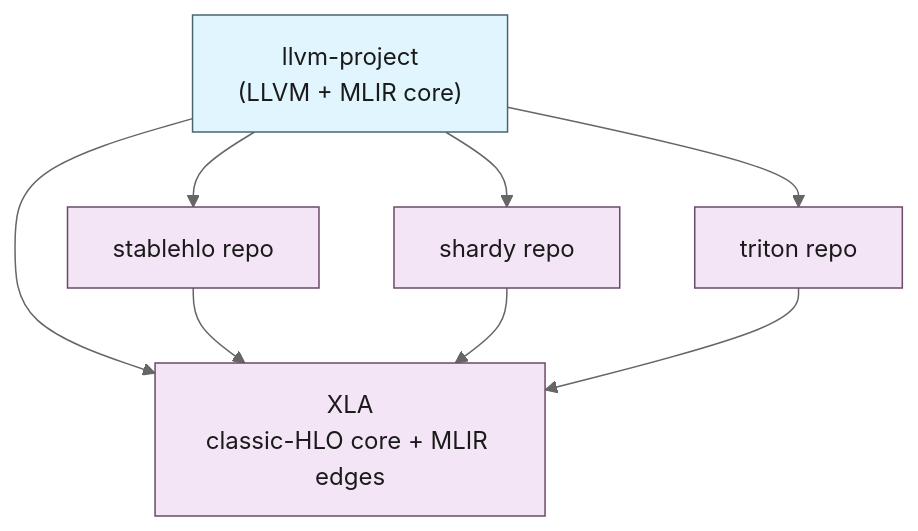
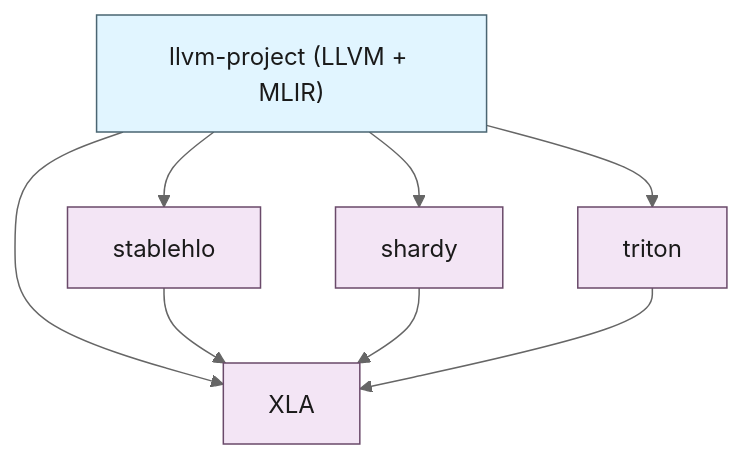
The second of 2 diagrams in _posts/2026-07-24-a-tour-of-xla-where-mlir-lives.md (hiraditya/hiraditya.github.io), drawn with Mermaid (neutral theme) before and after one commit. The commit also changed other lines of this file, not shown here.

First line of the commit message:
Reframe as 'A Tour of XLA' (architecture tour)

````diff
--- a/_posts/2026-07-24-a-tour-of-xla-where-mlir-lives.md
+++ b/_posts/2026-07-24-a-tour-of-xla-where-mlir-lives.md
@@ -164,21 +159,18 @@
 ```mermaid
 graph TD
-  LLVM["llvm-project<br/>(LLVM + MLIR core)"]
-  XLA["XLA<br/>classic-HLO core + MLIR edges"]
-  SHLO["stablehlo repo"]
-  SHARDY["shardy repo"]
-  TRITON["triton repo"]
-
+  LLVM["llvm-project (LLVM + MLIR)"]
+  XLA["XLA"]
+  SHLO["stablehlo"]
+  SHARDY["shardy"]
+  TRITON["triton"]
   LLVM --> XLA
   LLVM --> SHLO
   LLVM --> SHARDY
   LLVM --> TRITON
   SHLO --> XLA
   SHARDY --> XLA
   TRITON --> XLA
-
   classDef core fill:#e1f5ff,stroke:#4a6572,color:#1a1a1a;
   classDef leaf fill:#f3e5f5,stroke:#6a4a6a,color:#1a1a1a;
-  class LLVM core;
-  class XLA,SHLO,SHARDY,TRITON leaf;
+  class LLVM core; class XLA,SHLO,SHARDY,TRITON leaf;
 ```
````
